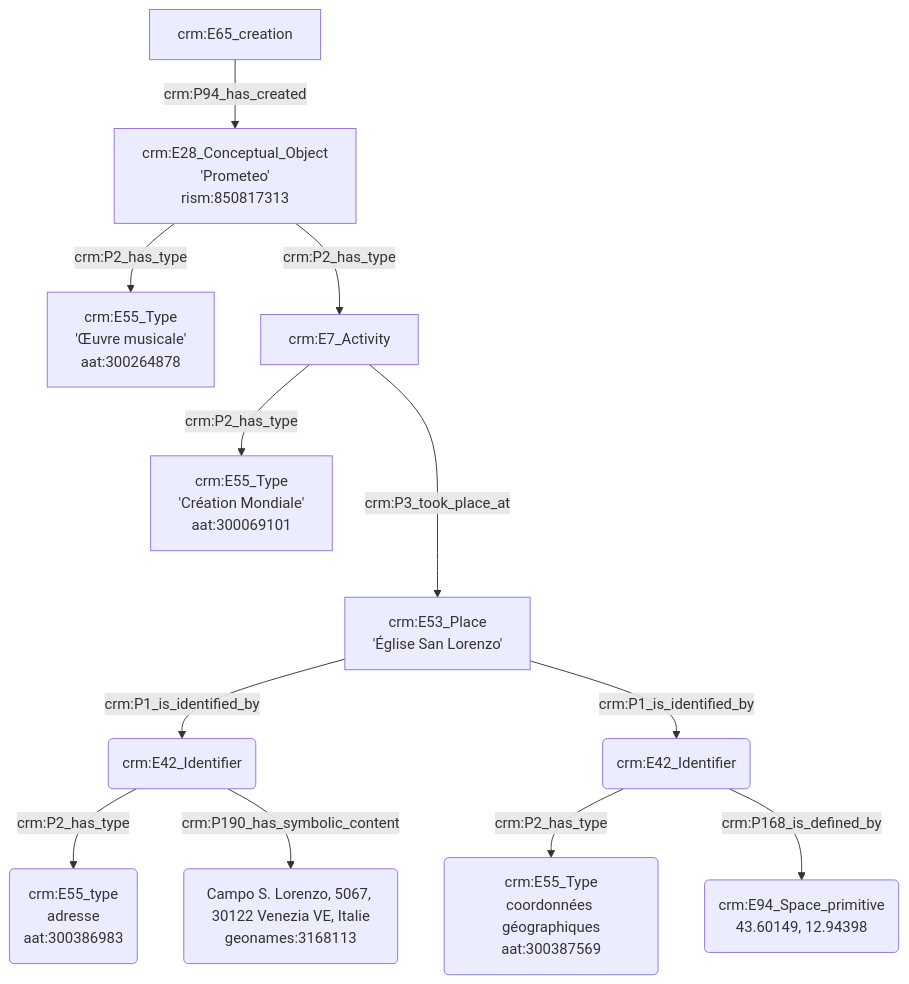
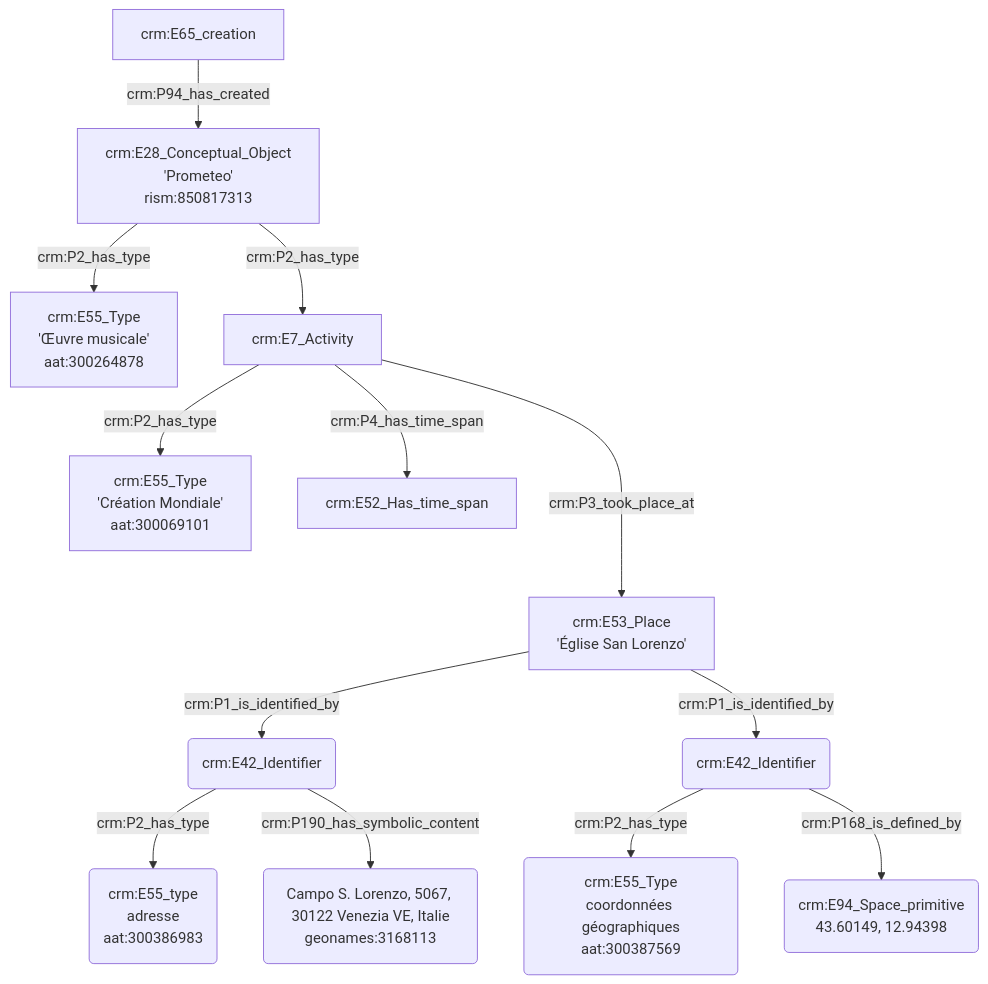
Before and after one commit to GusBraud/OntoMatchGameGus: the fourth of 5 diagrams in Exemple1.md, drawn with Mermaid. The commit also changed other lines of this file, not shown here.

````diff
--- a/Exemple1.md
+++ b/Exemple1.md
@@ -40,17 +51,17 @@
 ```mermaid
 graph TD;
 
 D[crm:E65_creation] --> |crm:P94_has_created| E[crm:E28_Conceptual_Object<br>'Prometeo'<br>rism:850817313]
 E[crm:E28_Conceptual_Object<br>'Prometeo'<br>rism:850817313] --> |crm:P2_has_type| F[crm:E55_Type<br>'Œuvre musicale'<br>aat:300264878]
 E[crm:E28_Conceptual_Object<br>'Prometeo'<br>rism:850817313] --> |crm:P2_has_type| G[crm:E7_Activity]
 G[crm:E7_Activity] --> |crm:P2_has_type| H[crm:E55_Type<br>'Création Mondiale'<br>aat:300069101]
 G[crm:E7_Activity] ---> |crm:P3_took_place_at| I[crm:E53_Place<br>'Église San Lorenzo']
-I[crm:E53_Place<br>'Église San Lorenzo'] -->|crm:P1_is_identified_by| J(crm:E42_Identifier)
-J(crm:E42_Identifier) --> |crm:P2_has_type| K(crm:E55_type<br>adresse<br>aat:300386983)
-J(crm:E42_Identifier) --> |crm:P190_has_symbolic_content| L(Campo S. Lorenzo, 5067, 30122 Venezia VE, Italie<br>geonames:3168113)
-I[crm:E53_Place<br>'Église San Lorenzo'] --> |crm:P1_is_identified_by| M(crm:E42_Identifier)
-M(crm:E42_Identifier) --> |crm:P2_has_type| N(crm:E55_Type<br>coordonnées géographiques<br>aat:300387569)
-M(crm:E42_Identifier) --> |crm:P168_is_defined_by| O(crm:E94_Space_primitive<br>43.60149, 12.94398)
-
+G[crm:E7_Activity] --> |crm:P4_has_time_span| J[crm:E52_Has_time_span]
+I[crm:E53_Place<br>'Église San Lorenzo'] -->|crm:P1_is_identified_by| K(crm:E42_Identifier)
+K(crm:E42_Identifier) --> |crm:P2_has_type| L(crm:E55_type<br>adresse<br>aat:300386983)
+K(crm:E42_Identifier) --> |crm:P190_has_symbolic_content| M(Campo S. Lorenzo, 5067, 30122 Venezia VE, Italie<br>geonames:3168113)
+I[crm:E53_Place<br>'Église San Lorenzo'] --> |crm:P1_is_identified_by| N(crm:E42_Identifier)
+N(crm:E42_Identifier) --> |crm:P2_has_type| O(crm:E55_Type<br>coordonnées géographiques<br>aat:300387569)
+N(crm:E42_Identifier) --> |crm:P168_is_defined_by| P(crm:E94_Space_primitive<br>43.60149, 12.94398)
 
 ```
````
